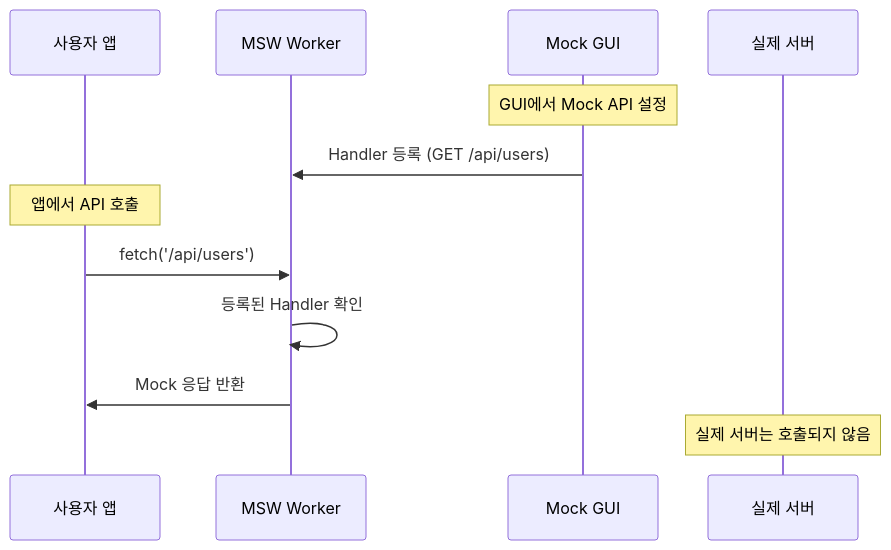
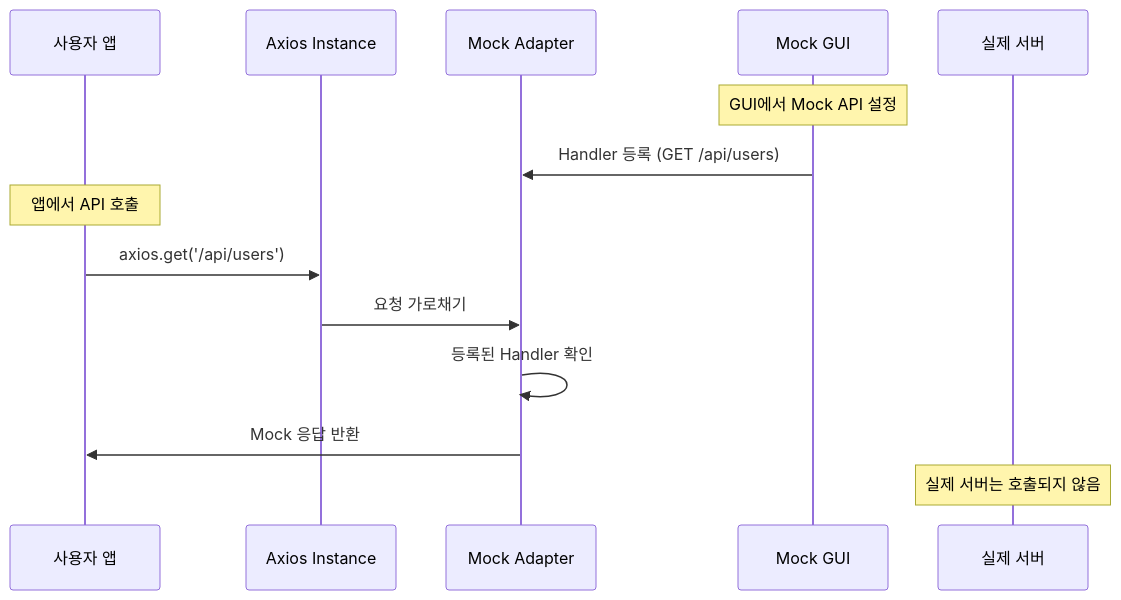
One commit to Quiet-Frontiers/apiMockGui changed the diagram in README.md. Above: the diagram before and after it, drawn with Mermaid. The commit also changed other lines of this file and 2311 other files, not shown here.

Commit message:
msw -> axios-mock-adaptor로 mocking 방식 변경

````diff
--- a/README.md
+++ b/README.md
@@ -148,17 +142,19 @@
 ```mermaid
 sequenceDiagram
     participant App as 사용자 앱
-    participant MSW as MSW Worker
+    participant Axios as Axios Instance
+    participant Adapter as Mock Adapter
     participant GUI as Mock GUI
     participant Server as 실제 서버
 
     Note over GUI: GUI에서 Mock API 설정
-    GUI->>MSW: Handler 등록 (GET /api/users)
+    GUI->>Adapter: Handler 등록 (GET /api/users)
     
     Note over App: 앱에서 API 호출
-    App->>MSW: fetch('/api/users')
-    MSW->>MSW: 등록된 Handler 확인
-    MSW->>App: Mock 응답 반환
+    App->>Axios: axios.get('/api/users')
+    Axios->>Adapter: 요청 가로채기
+    Adapter->>Adapter: 등록된 Handler 확인
+    Adapter->>App: Mock 응답 반환
     
     Note over Server: 실제 서버는 호출되지 않음
 ```
````
